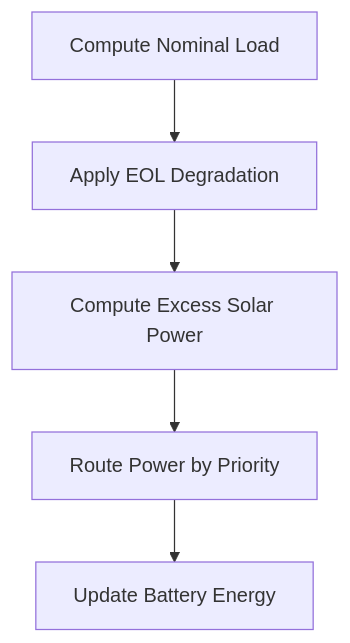
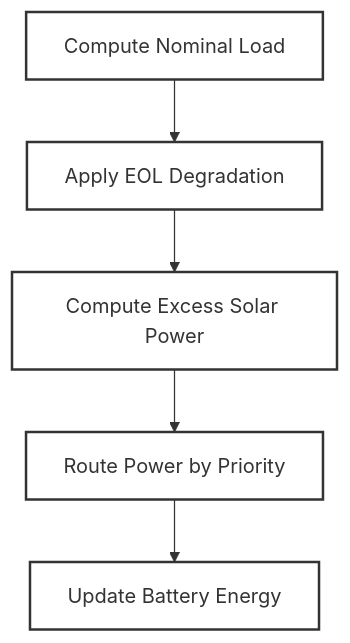
The eighth of 8 diagrams in README.md (chetan0021/spacecraft-eps-power-budget), drawn with Mermaid before and after one commit. The commit also changed other lines of this file, not shown here.

Commit message:
docs: improve diagram readability and add spacecraft architecture outline

````diff
--- a/README.md
+++ b/README.md
@@ -297,7 +379,11 @@
 ```mermaid
 flowchart TD
-    A[Compute Nominal Load] --> B[Apply EOL Degradation]
-    B --> C[Compute Excess Solar Power]
-    C --> D[Route Power by Priority]
-    D --> E[Update Battery Energy]
+    %% Styling
+    classDef default font-family:Inter,font-size:16px,color:#333,stroke-width:2px;
+    classDef nodeStyle fill:#ffffff,stroke:#333,stroke-width:2px;
+
+    A[Compute Nominal Load]:::nodeStyle --> B[Apply EOL Degradation]:::nodeStyle
+    B --> C[Compute Excess Solar Power]:::nodeStyle
+    C --> D[Route Power by Priority]:::nodeStyle
+    D --> E[Update Battery Energy]:::nodeStyle
 ```
````
